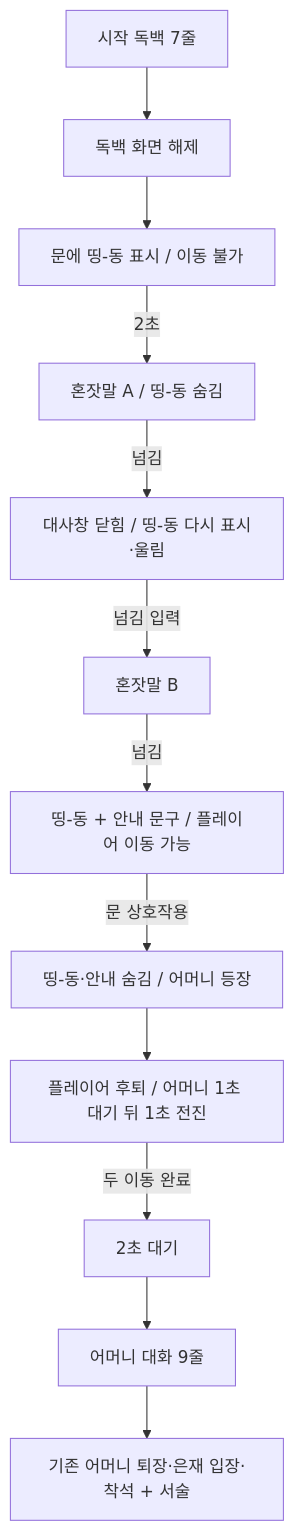
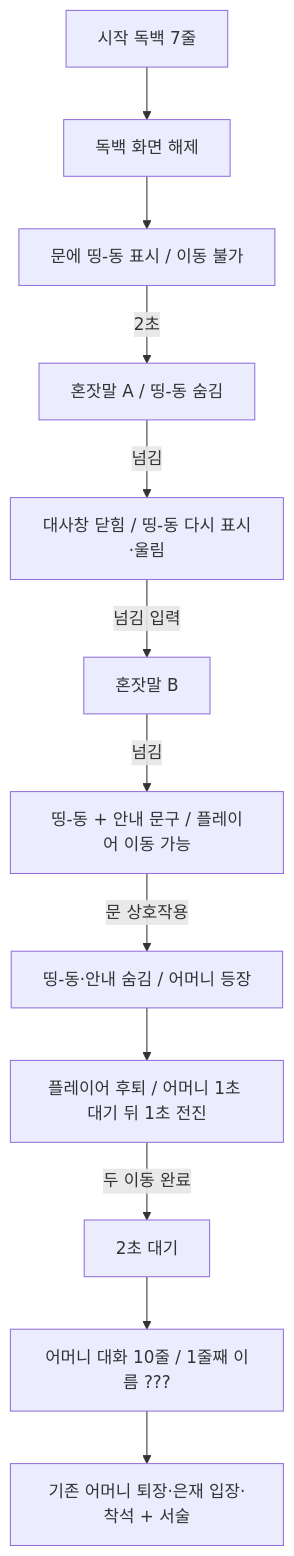
The diagram in docs/spec-opening-monologue-door-arrival.md (xpaklove12-lang/Corner1), drawn with Mermaid before and after one commit. The commit also changed other lines of this file and 5 other files, not shown here.

````diff
--- a/docs/spec-opening-monologue-door-arrival.md
+++ b/docs/spec-opening-monologue-door-arrival.md
@@ -103,14 +108,14 @@
 ```mermaid
 flowchart TD
     A[시작 독백 7줄] --> B[독백 화면 해제]
     B --> C[문에 띵-동 표시 / 이동 불가]
     C -->|2초| D[혼잣말 A / 띵-동 숨김]
     D -->|넘김| E[대사창 닫힘 / 띵-동 다시 표시·울림]
     E -->|넘김 입력| F[혼잣말 B]
     F -->|넘김| G[띵-동 + 안내 문구 / 플레이어 이동 가능]
     G -->|문 상호작용| H[띵-동·안내 숨김 / 어머니 등장]
     H --> I[플레이어 후퇴 / 어머니 1초 대기 뒤 1초 전진]
     I -->|두 이동 완료| J[2초 대기]
-    J --> K[어머니 대화 9줄]
+    J --> K[어머니 대화 10줄 / 1줄째 이름 ???]
     K --> L[기존 어머니 퇴장·은재 입장·착석 + 서술]
 ```
````
